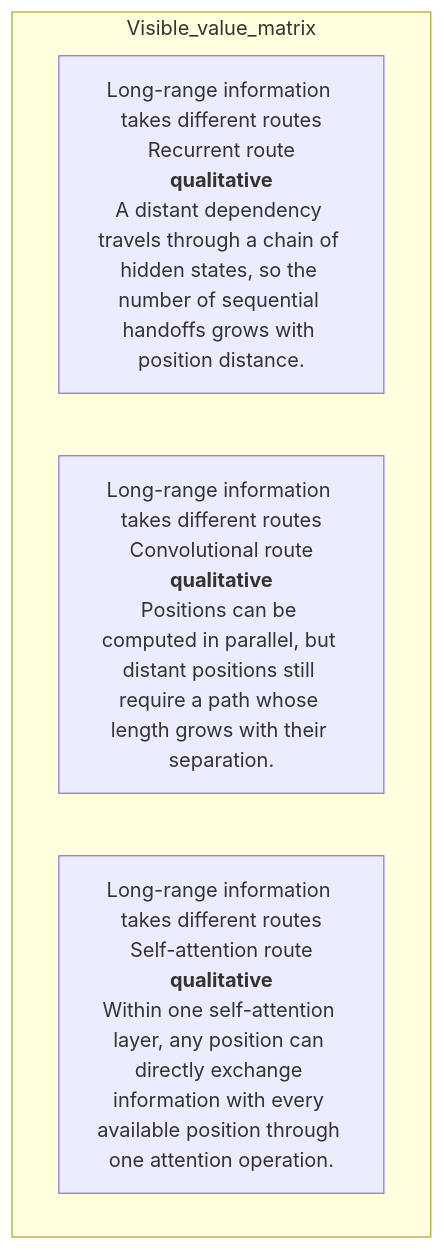
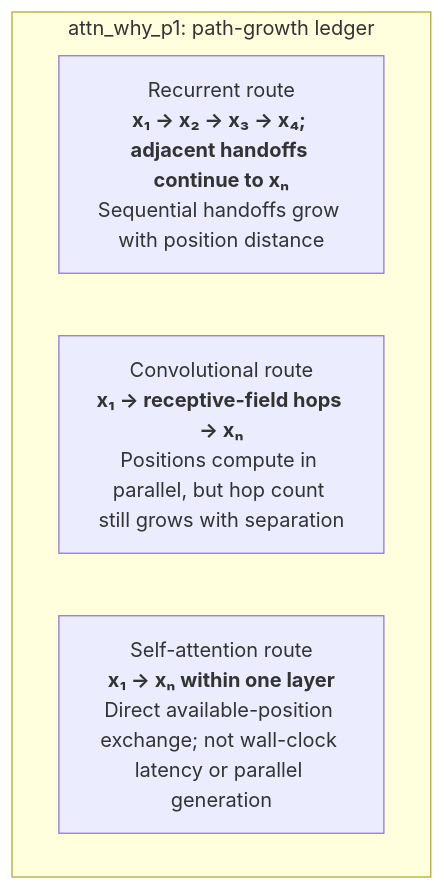
One commit to Betancourt1/paper_atlas changed the second of 54 diagrams in docs/visual-manifests/VISUAL_MANIFEST_ATTENTION_IS_ALL_YOU_NEED.md. Above: the diagram before and after it, drawn with Mermaid. The commit also changed other lines of this file and 7 other files, not shown here.

````diff
--- a/docs/visual-manifests/VISUAL_MANIFEST_ATTENTION_IS_ALL_YOU_NEED.md
+++ b/docs/visual-manifests/VISUAL_MANIFEST_ATTENTION_IS_ALL_YOU_NEED.md
@@ -139,8 +157,8 @@
 ```mermaid
 flowchart TB
-  subgraph Visible_value_matrix
-    r1["Long-range information takes different routes<br/>Recurrent route<br/><b>qualitative</b><br/>A distant dependency travels through a chain of hidden states, so the number of sequential handoffs grows with position distance."]
-    r2["Long-range information takes different routes<br/>Convolutional route<br/><b>qualitative</b><br/>Positions can be computed in parallel, but distant positions still require a path whose length grows with their separation."]
-    r3["Long-range information takes different routes<br/>Self-attention route<br/><b>qualitative</b><br/>Within one self-attention layer, any position can directly exchange information with every available position through one attention operation."]
+  subgraph Ledger["attn_why_p1: path-growth ledger"]
+    r1["Recurrent route<br/><b>x₁ → x₂ → x₃ → x₄; adjacent handoffs continue to xₙ</b><br/>Sequential handoffs grow with position distance"]
+    r2["Convolutional route<br/><b>x₁ → receptive-field hops → xₙ</b><br/>Positions compute in parallel, but hop count still grows with separation"]
+    r3["Self-attention route<br/><b>x₁ → xₙ within one layer</b><br/>Direct available-position exchange; not wall-clock latency or parallel generation"]
   end
 ```
````
